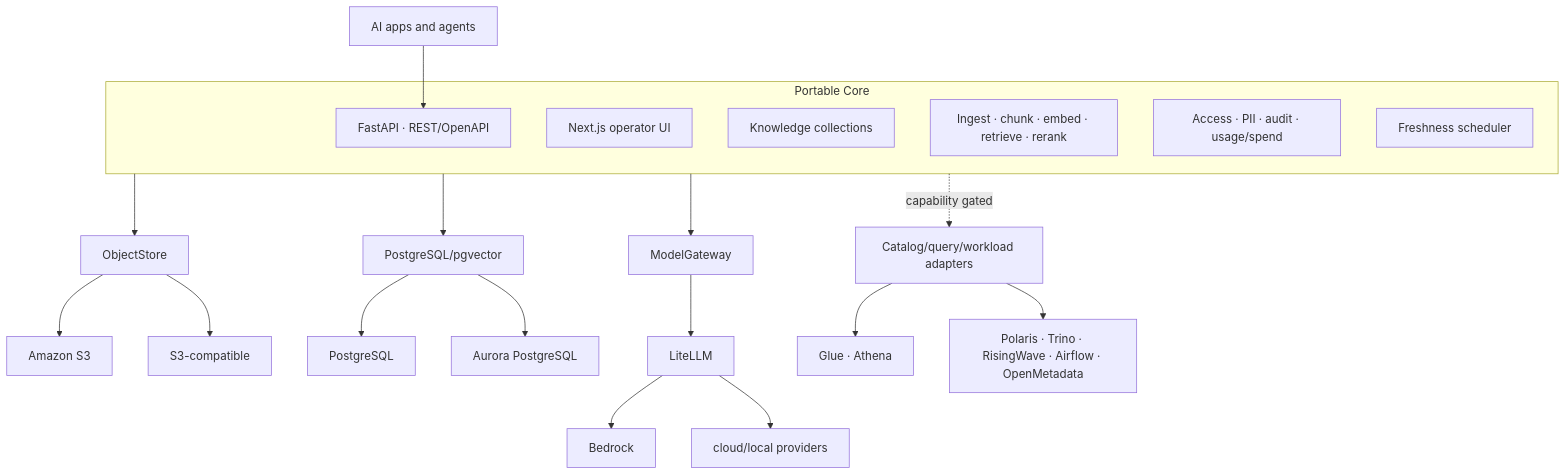
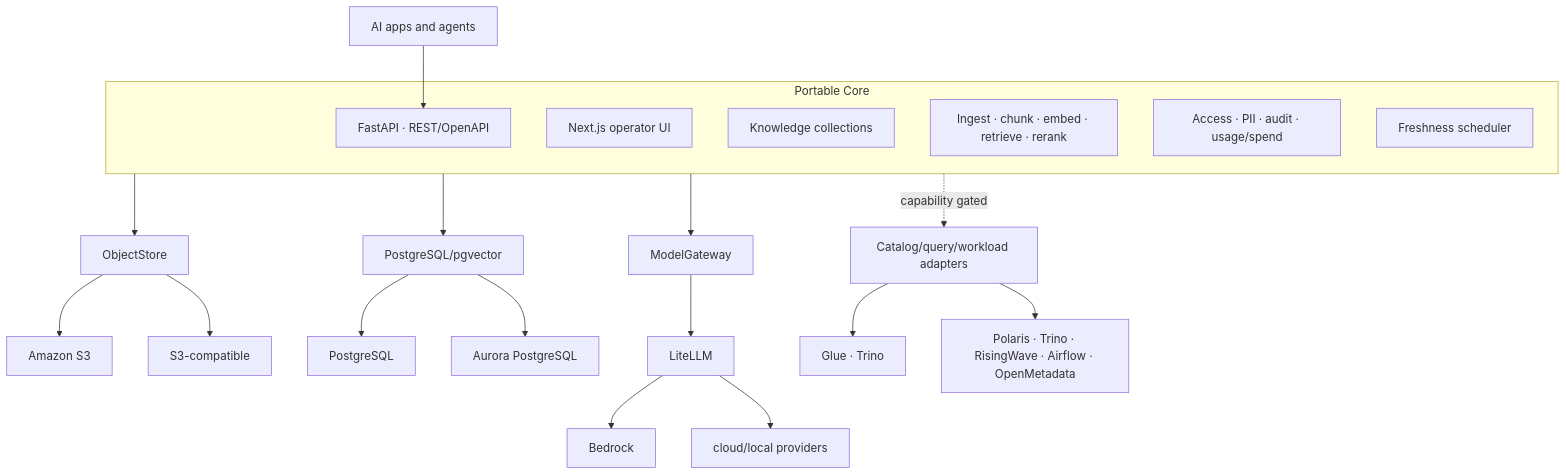
Before and after one commit to lukesgood/datapond: the diagram in docs/ARCHITECTURE.md, drawn with Mermaid. The commit also changed other lines of this file and 13 other files, not shown here.

Commit message:
docs: the AWS reference is Glue catalog + in-cluster Trino; Athena removed (2.4)

````diff
--- a/docs/ARCHITECTURE.md
+++ b/docs/ARCHITECTURE.md
@@ -7,28 +7,28 @@
 ```mermaid
 flowchart TB
     APPS[AI apps and agents] --> API
 
     subgraph CORE[Portable Core]
       API[FastAPI · REST/OpenAPI]
       UI[Next.js operator UI]
       KNOW[Knowledge collections]
       PIPE[Ingest · chunk · embed · retrieve · rerank]
       GOV[Access · PII · audit · usage/spend]
       SCHED[Freshness scheduler]
     end
 
     CORE --> OBJ[ObjectStore]
     CORE --> SQLDB[PostgreSQL/pgvector]
     CORE --> LLM[ModelGateway]
     CORE -. capability gated .-> DATA[Catalog/query/workload adapters]
 
     OBJ --> S3[Amazon S3]
     OBJ --> COMPAT[S3-compatible]
     SQLDB --> PG[PostgreSQL]
     SQLDB --> AURORA[Aurora PostgreSQL]
     LLM --> LITELLM[LiteLLM]
     LITELLM --> BEDROCK[Bedrock]
     LITELLM --> OTHER[cloud/local providers]
-    DATA --> AWS[Glue · Athena]
+    DATA --> AWS[Glue · Trino]
     DATA --> OSS[Polaris · Trino · RisingWave · Airflow · OpenMetadata]
 ```
````
